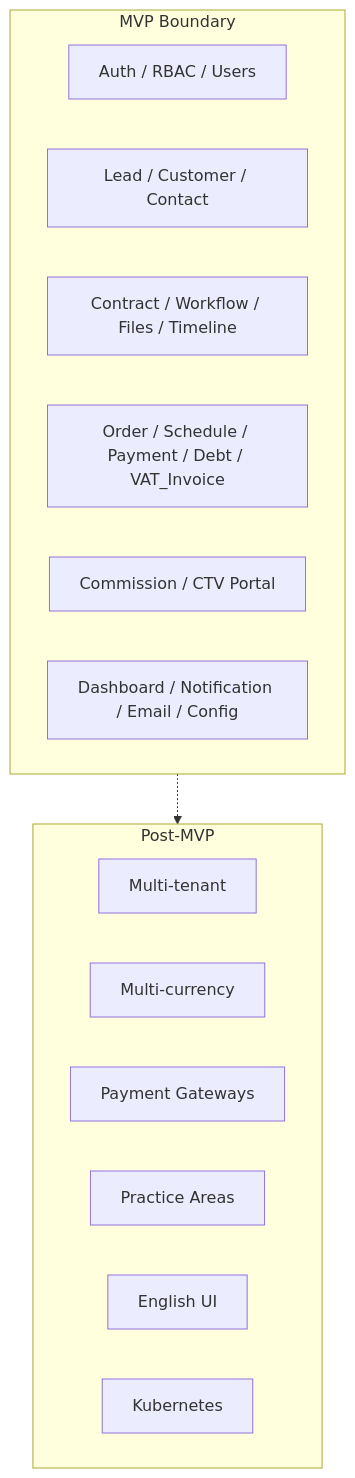
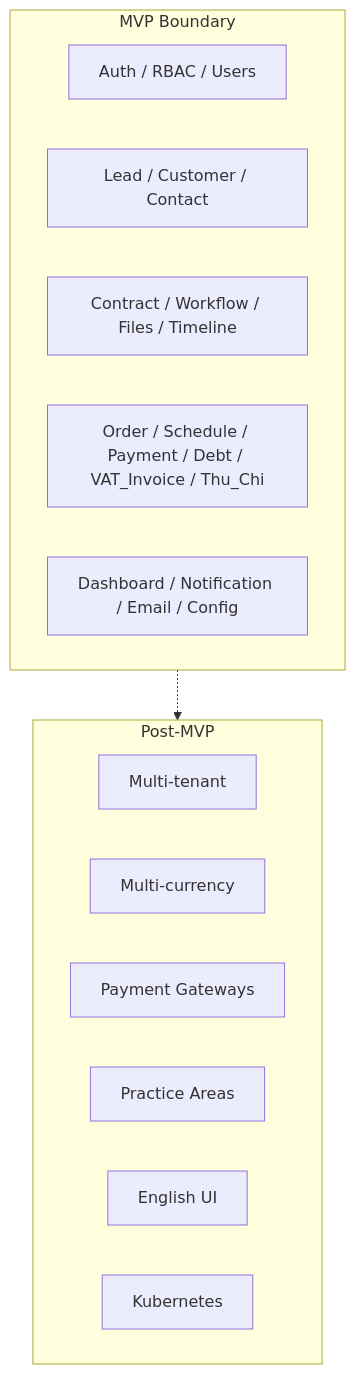
One commit to PNCTriet/DYN_CRM_BACKEND changed the diagram in docs/00-project/Scope.md. Above: the diagram before and after it, drawn with Mermaid. The commit also changed other lines of this file and 46 other files, not shown here.

````diff
--- a/docs/00-project/Scope.md
+++ b/docs/00-project/Scope.md
@@ -155,22 +159,21 @@
 ```mermaid
 flowchart TB
   subgraph MVP[MVP Boundary]
     Core[Auth / RBAC / Users]
     CRM[Lead / Customer / Contact]
     Legal[Contract / Workflow / Files / Timeline]
-    Fin[Order / Schedule / Payment / Debt / VAT_Invoice]
-    Comm[Commission / CTV Portal]
+    Fin[Order / Schedule / Payment / Debt / VAT_Invoice / Thu_Chi]
     Sys[Dashboard / Notification / Email / Config]
   end
 
   subgraph Later[Post-MVP]
     MT[Multi-tenant]
     MC[Multi-currency]
     GW[Payment Gateways]
     PA[Practice Areas]
     EN[English UI]
     K8s[Kubernetes]
   end
 
   MVP -.-> Later
 ```
````
